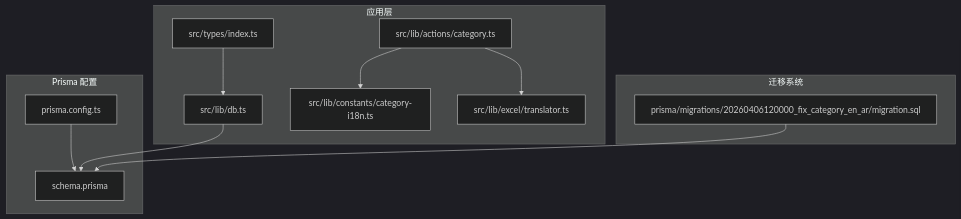
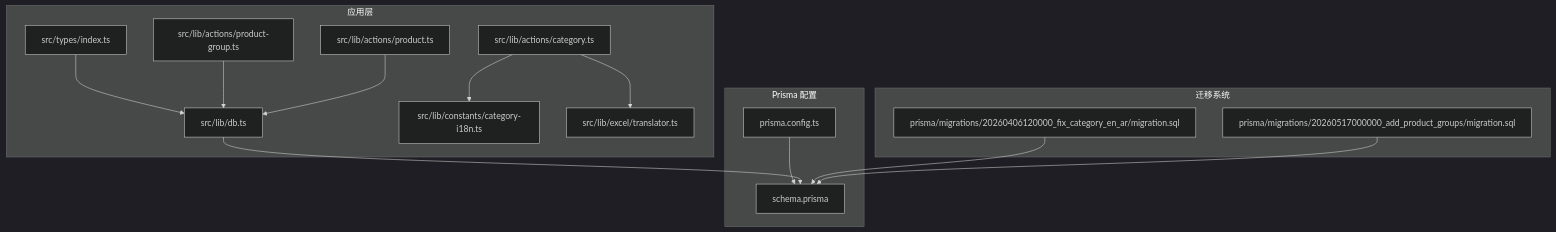
Before and after one commit to three3638-arch/celestia_2b: the first of 5 diagrams in .qoder/repowiki/zh/content/数据库设计/数据库设计.md, drawn with Mermaid (dark theme). The commit also changed other lines of this file and 30 other files, not shown here.

````diff
--- a/.qoder/repowiki/zh/content/数据库设计/数据库设计.md
+++ b/.qoder/repowiki/zh/content/数据库设计/数据库设计.md
@@ -48,23 +53,29 @@
 ```mermaid
 graph TB
 subgraph "Prisma 配置"
 PC["prisma.config.ts"]
 SC["schema.prisma"]
 end
 subgraph "应用层"
 DBT["src/lib/db.ts"]
 TYPES["src/types/index.ts"]
 CAT["src/lib/actions/category.ts"]
+PG["src/lib/actions/product-group.ts"]
+PROD["src/lib/actions/product.ts"]
 I18N["src/lib/constants/category-i18n.ts"]
 TRAN["src/lib/excel/translator.ts"]
 end
 subgraph "迁移系统"
-MIG["prisma/migrations/20260406120000_fix_category_en_ar/migration.sql"]
+MIG1["prisma/migrations/20260406120000_fix_category_en_ar/migration.sql"]
+MIG2["prisma/migrations/20260517000000_add_product_groups/migration.sql"]
 end
 PC --> SC
 DBT --> SC
 TYPES --> DBT
 CAT --> I18N
 CAT --> TRAN
-MIG --> SC
+PG --> DBT
+PROD --> DBT
+MIG1 --> SC
+MIG2 --> SC
 ```
````
